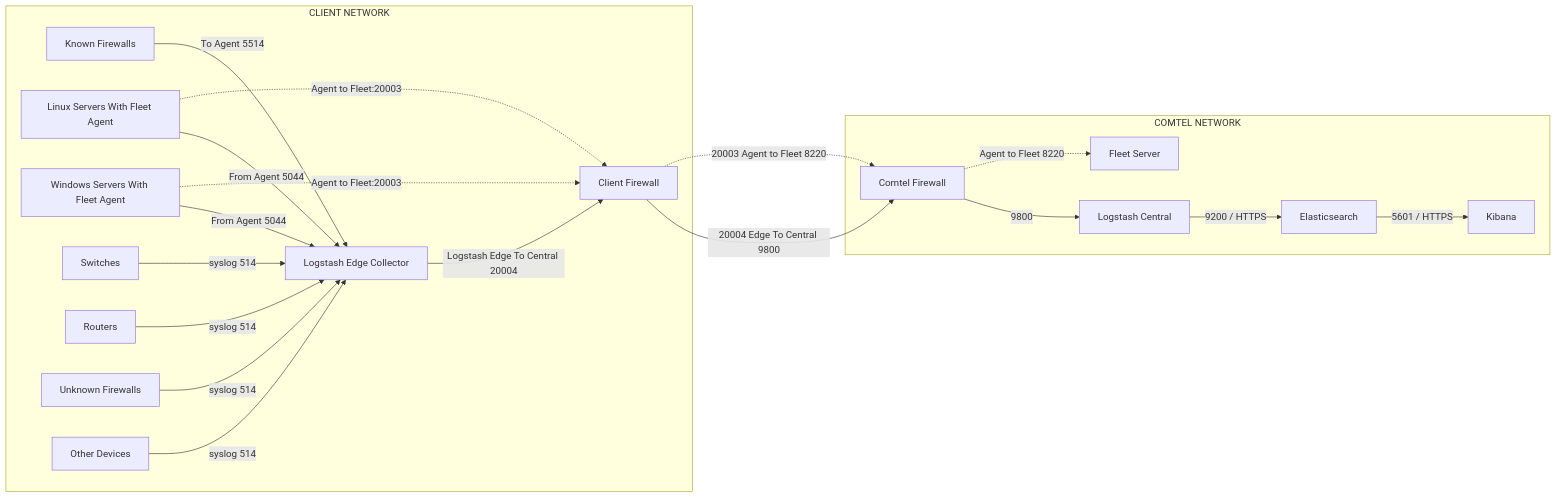
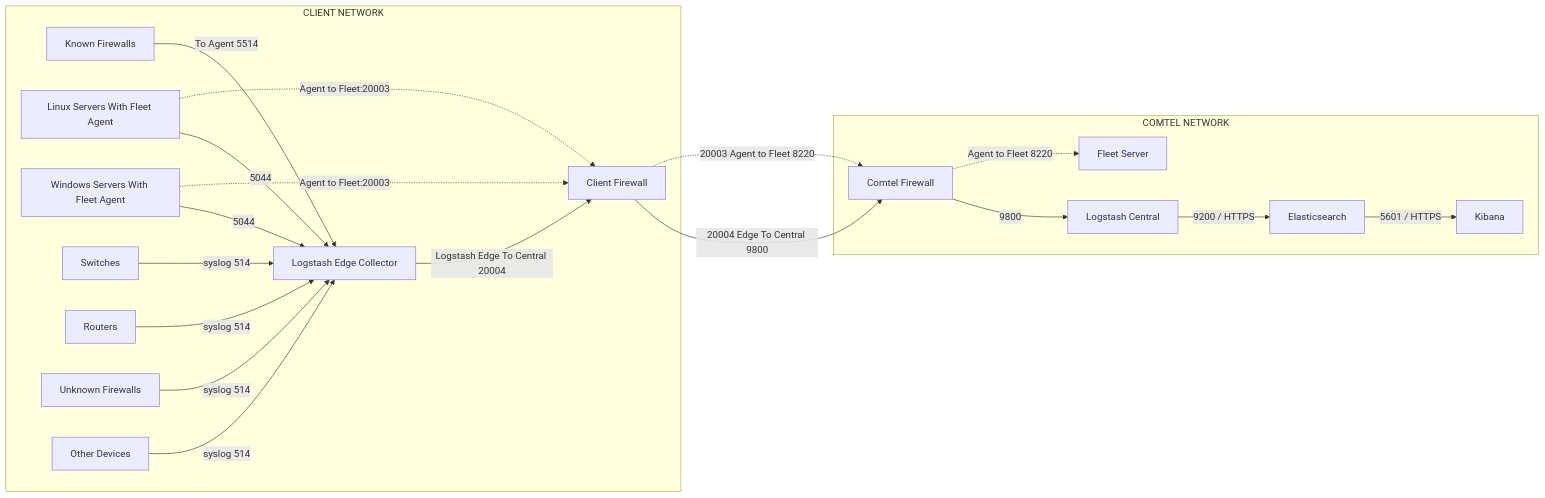
The diagram in README.md (bhautik-comtel/ELK-config), drawn with Mermaid before and after one commit.

````diff
--- a/README.md
+++ b/README.md
@@ -20,67 +20,67 @@
 ```mermaid
 flowchart LR
 
 %% =========================
 %% CLIENT NETWORK
 %% =========================
 subgraph CLIENT["CLIENT NETWORK"]
 
     KFW["Known Firewalls"]
     LNX["Linux Servers With Fleet Agent"]
     WIN["Windows Servers With Fleet Agent"]
     SW["Switches"]
     RTR["Routers"]
     FW["Unknown Firewalls"]
     OTH["Other Devices"]
 
 
     EDGE["Logstash Edge Collector"]
 
     FW --  "syslog 514" --> EDGE
     KFW -- "To Agent 5514" --> EDGE
-    LNX -- "From Agent 5044" --> EDGE
-    WIN -- "From Agent 5044" --> EDGE
+    LNX -- "5044" --> EDGE
+    WIN -- "5044" --> EDGE
     SW --  "syslog 514" --> EDGE
     RTR -- "syslog 514" --> EDGE
     OTH -- "syslog 514" --> EDGE
 
     CFW["Client Firewall"]
 
     EDGE -- "Logstash Edge To Central 20004" --> CFW
 end
 
 %% =========================
 %% WAN / INTERNET
 %% =========================
 
 
 
 %% =========================
 %% COMTEL NETWORK
 %% =========================
 subgraph COMTEL["COMTEL NETWORK"]
 
     COMFW["Comtel Firewall"]
 
     CENTRAL["Logstash Central"]
 
     ES["Elasticsearch"]
 
     KB["Kibana"]
 
     FLEET["Fleet Server"]
 
     COMFW -- "9800" --> CENTRAL
 
     CENTRAL -- "9200 / HTTPS" --> ES
 
     ES -- "5601 / HTTPS" --> KB
 
 end
 
 CFW -- "20004 Edge To Central 9800" --> COMFW
 
 WIN -. "Agent to Fleet:20003" .-> CFW
 LNX -. "Agent to Fleet:20003" .-> CFW
 CFW -. "20003 Agent to Fleet 8220" .-> COMFW -."Agent to Fleet 8220".-> FLEET
 ```
````
